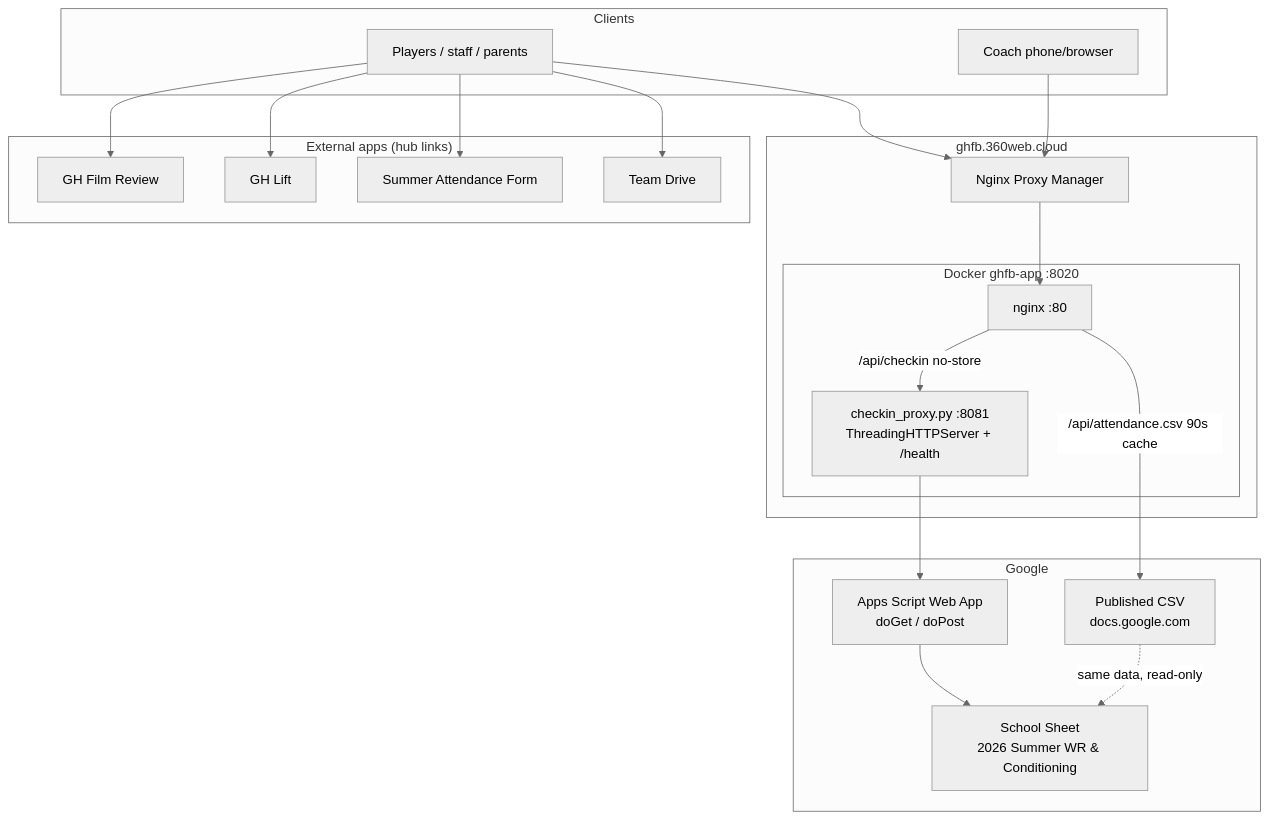
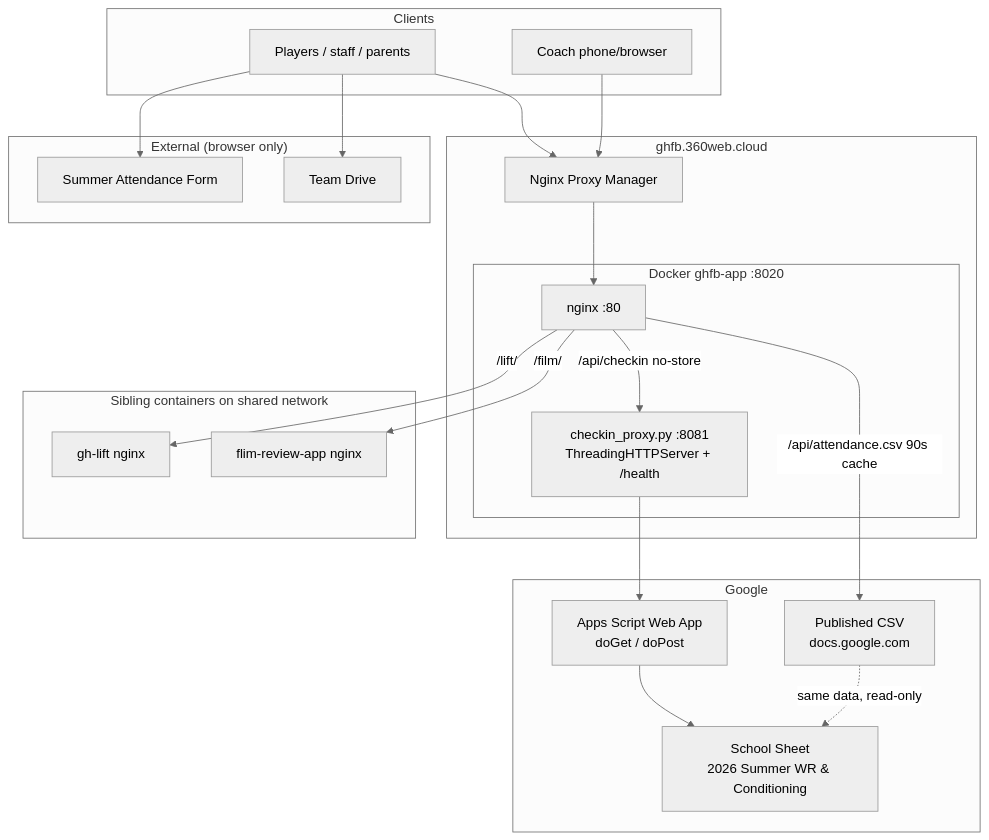
One commit to mitchelldawkinsjr/ghfb changed the first of 2 diagrams in docs/architecture.md. Above: the diagram before and after it, drawn with Mermaid (neutral theme). The commit also changed 8 other files, not shown here.

First line of the commit message:
Proxy GH Lift and Film in-app; harden README deploy docs.

````diff
--- a/docs/architecture.md
+++ b/docs/architecture.md
@@ -7,42 +7,45 @@
 ```mermaid
 flowchart TB
   subgraph clients["Clients"]
     Coach["Coach phone/browser"]
     Fan["Players / staff / parents"]
   end
 
   subgraph edge["ghfb.360web.cloud"]
     NPM["Nginx Proxy Manager"]
     subgraph container["Docker ghfb-app :8020"]
       NGX["nginx :80"]
       PY["checkin_proxy.py :8081<br/>ThreadingHTTPServer + /health"]
     end
   end
 
   subgraph google["Google"]
     CSVpub["Published CSV<br/>docs.google.com"]
     Sheet["School Sheet<br/>2026 Summer WR & Conditioning"]
     GAS["Apps Script Web App<br/>doGet / doPost"]
   end
 
-  subgraph external["External apps (hub links)"]
-    Film["GH Film Review"]
-    Lift["GH Lift"]
+  subgraph external["External (browser only)"]
     Form["Summer Attendance Form"]
     Drive["Team Drive"]
+  end
+
+  subgraph sibling["Sibling containers on shared network"]
+    LiftNGX["gh-lift nginx"]
+    FilmNGX["flim-review-app nginx"]
   end
 
   Fan --> NPM
   Coach --> NPM
   NPM --> NGX
+  NGX -->|"/lift/"| LiftNGX
+  NGX -->|"/film/"| FilmNGX
   NGX -->|"/api/attendance.csv" 90s cache| CSVpub
   NGX -->|"/api/checkin" no-store| PY
   PY --> GAS
   GAS --> Sheet
   CSVpub -.->|same data, read-only| Sheet
 
-  Fan --> Film
-  Fan --> Lift
   Fan --> Form
   Fan --> Drive
 ```
````
